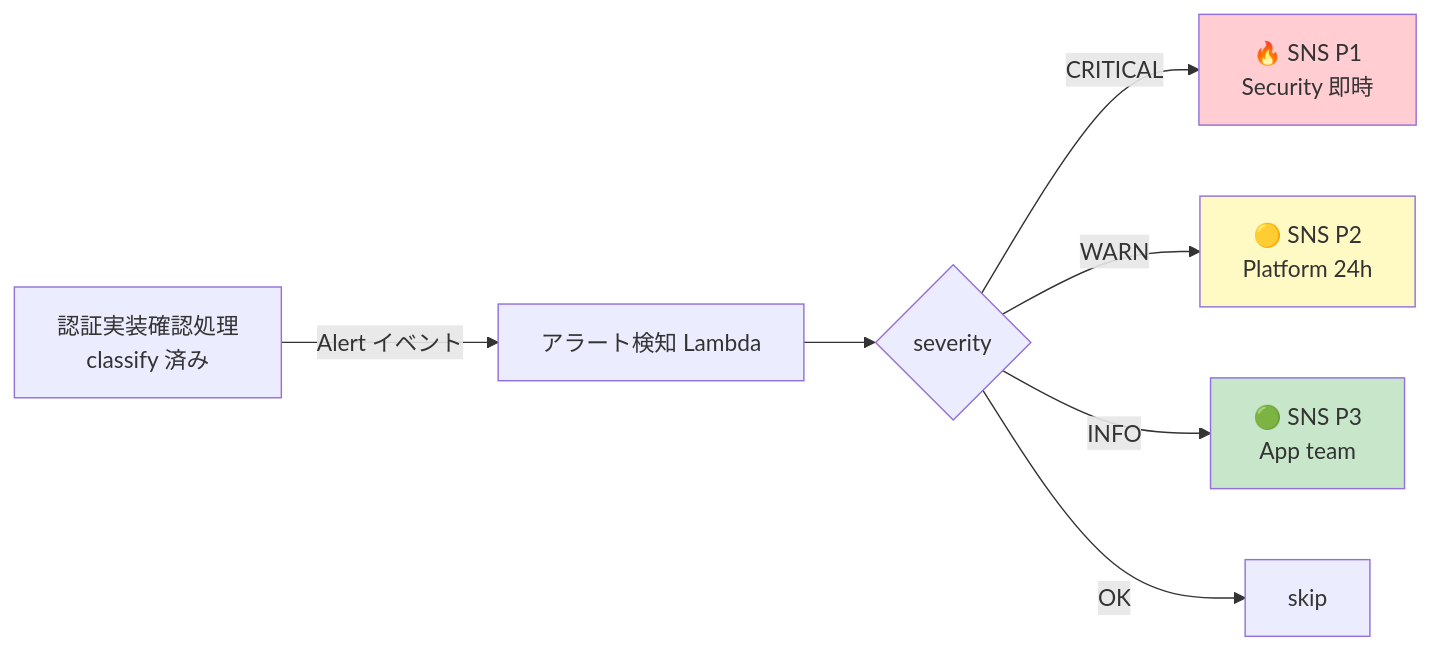
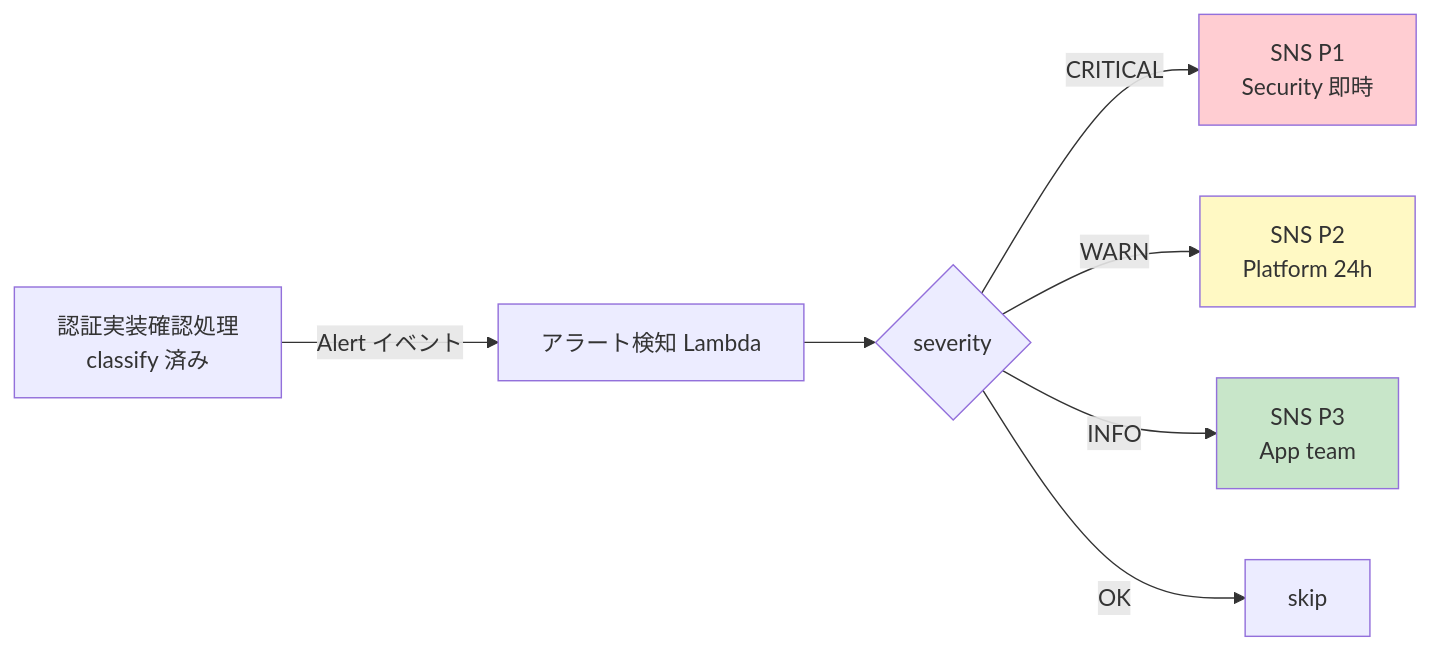
One commit to suepie/aws-atuh-poc changed the first of 2 diagrams in doc/api-platform/basic-design/15-alert-routing-design.md. Above: the diagram before and after it, drawn with Mermaid. The commit also changed 26 other files, not shown here.

First line of the commit message:
対象検索-01〜14 の処理設計を記入 + 絵文字排除・シーケンス図追加

````diff
--- a/doc/api-platform/basic-design/15-alert-routing-design.md
+++ b/doc/api-platform/basic-design/15-alert-routing-design.md
@@ -28,12 +28,12 @@
 ```mermaid
 flowchart LR
     CC[認証実装確認処理<br/>classify 済み] -->|Alert イベント| AR[アラート検知 Lambda]
     AR --> D{severity}
-    D -->|CRITICAL| P1[🔥 SNS P1<br/>Security 即時]
-    D -->|WARN| P2[🟡 SNS P2<br/>Platform 24h]
-    D -->|INFO| P3[🟢 SNS P3<br/>App team]
+    D -->|CRITICAL| P1[SNS P1<br/>Security 即時]
+    D -->|WARN| P2[SNS P2<br/>Platform 24h]
+    D -->|INFO| P3[SNS P3<br/>App team]
     D -->|OK| SKIP[skip]
     style P1 fill:#ffcdd2
     style P2 fill:#fff9c4
     style P3 fill:#c8e6c9
 ```
````
